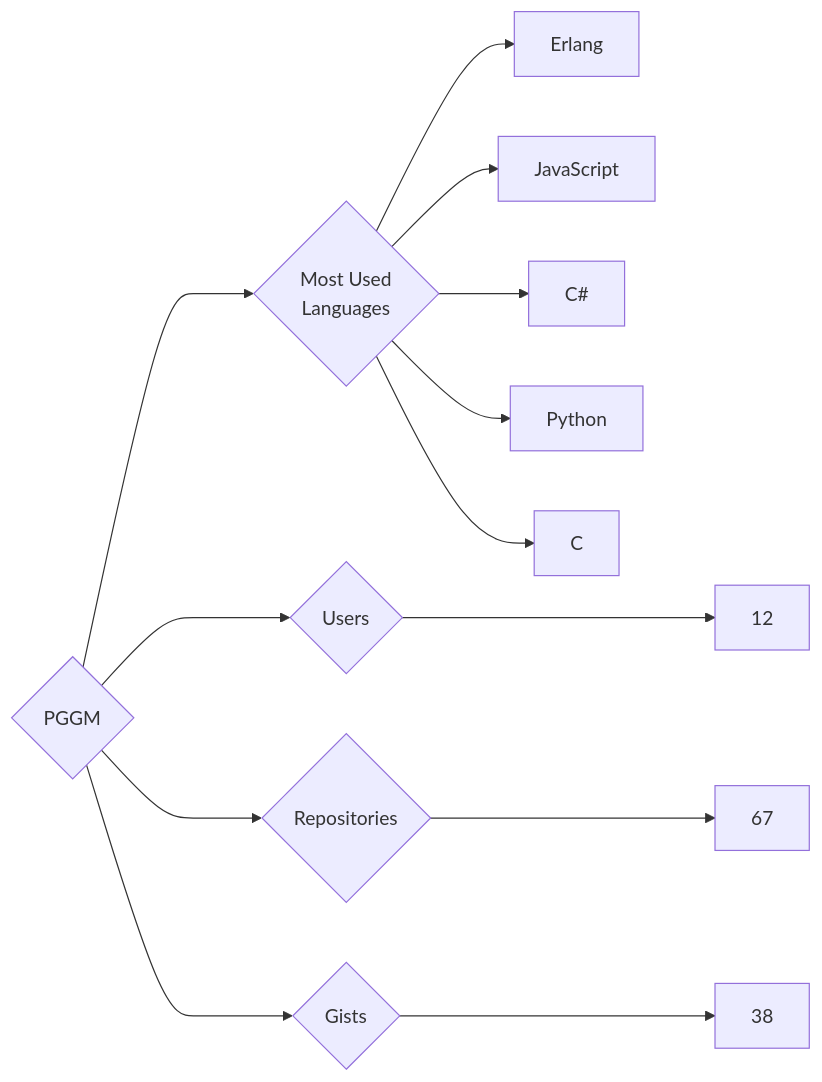
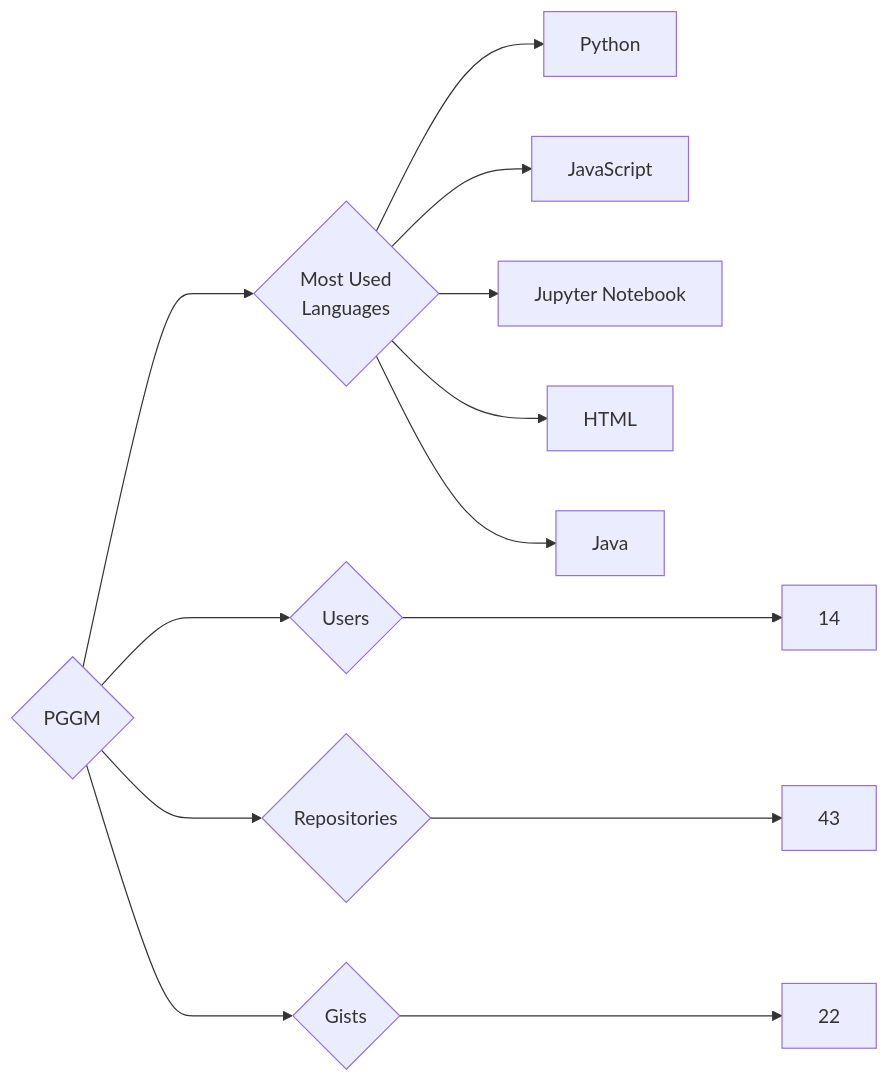
The diagram in targets/PGGM/README.md (trickest/insiders), drawn with Mermaid before and after one commit. The commit also changed 970 other files, not shown here.

````diff
--- a/targets/PGGM/README.md
+++ b/targets/PGGM/README.md
@@ -3,13 +3,13 @@
 ```mermaid
 graph LR
 COMPANY_NAME{PGGM}
-COMPANY_NAME ---> U{Users} ---> UN[12]
-COMPANY_NAME ---> R{Repositories} ---> RN[67]
-COMPANY_NAME ---> G{Gists} ---> GN[38]
+COMPANY_NAME ---> U{Users} ---> UN[14]
+COMPANY_NAME ---> R{Repositories} ---> RN[43]
+COMPANY_NAME ---> G{Gists} ---> GN[22]
 COMPANY_NAME ---> ML{Most Used<br>Languages}
-ML --> Erlang[Erlang]
+ML --> Python[Python]
 ML --> JavaScript[JavaScript]
-ML --> C#[C#]
-ML --> Python[Python]
-ML --> C[C]
+ML --> Jupyter_Notebook[Jupyter Notebook]
+ML --> HTML[HTML]
+ML --> Java[Java]
 ```
````
